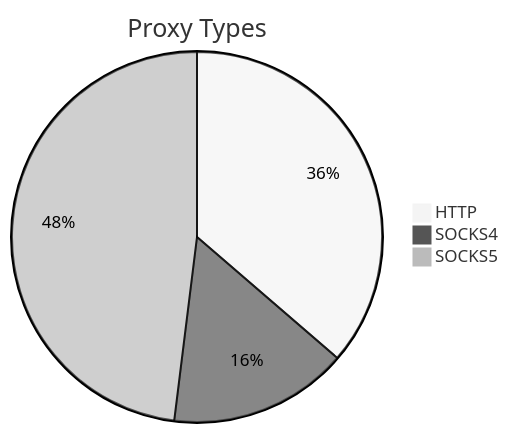
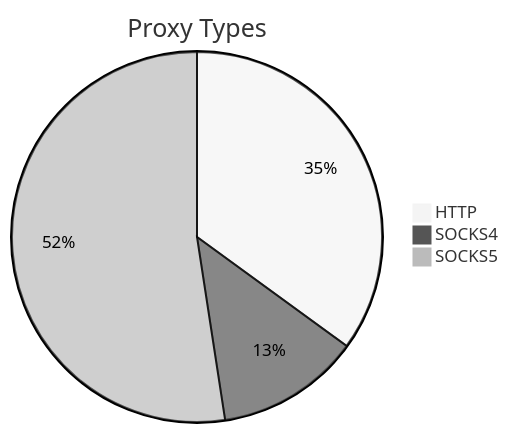
One commit to stormsia/proxy-list changed the first of 2 diagrams in README.md. Above: the diagram before and after it, drawn with Mermaid (neutral theme). The commit also changed other lines of this file, not shown here.

````diff
--- a/README.md
+++ b/README.md
@@ -21,6 +21,6 @@
 ```mermaid
 pie title Proxy Types
-    "HTTP" : 388
-    "SOCKS4" : 167
-    "SOCKS5" : 513
+    "HTTP" : 346
+    "SOCKS4" : 124
+    "SOCKS5" : 518
 ```
````
